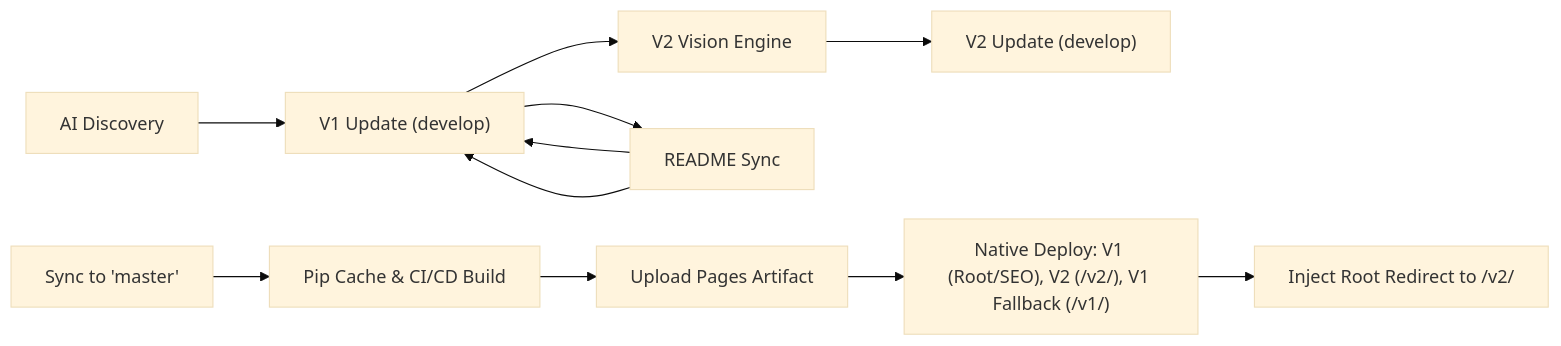
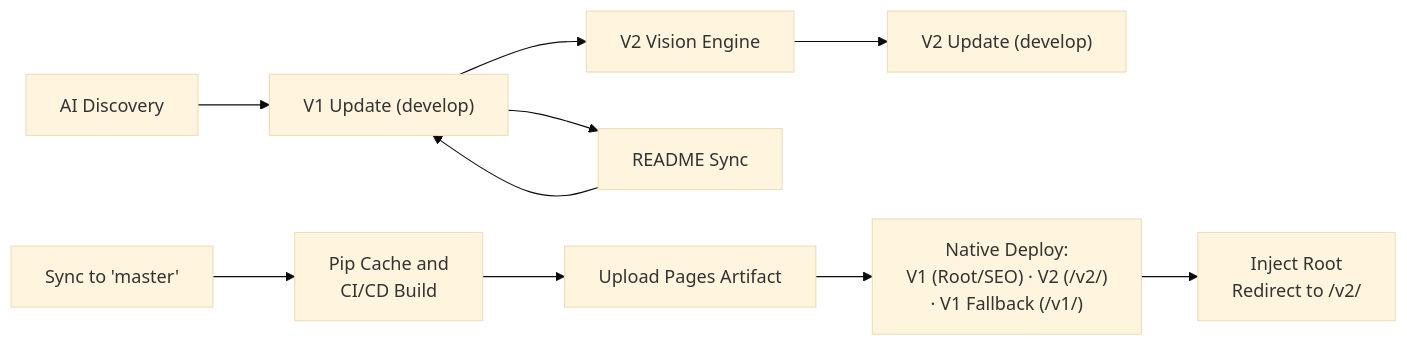
Diagram 14 of 14 in README.md (sec-js/awesome-kubernetes), drawn with Mermaid (base theme) before and after one commit. The commit also changed other lines of this file, not shown here.

First line of the commit message:
docs(readme): DB architecture + full lifecycle mermaid diagrams, fix label cutoffs, refresh V2 features

````diff
--- a/README.md
+++ b/README.md
@@ -1076,13 +1161,12 @@
 ```mermaid
 graph LR
     A["AI Discovery"] --> B["V1 Update (develop)"]
     B --> D["V2 Vision Engine"]
     B --> Z["README Sync"]
     D --> E["V2 Update (develop)"]
-    M["Sync to 'master'"] --> C["Pip Cache & CI/CD Build"]
+    M["Sync to 'master'"] --> C["Pip Cache and<br/>CI/CD Build"]
     C --> F["Upload Pages Artifact"]
-    F --> G["Native Deploy: V1 (Root/SEO), V2 (/v2/), V1 Fallback (/v1/)"]
-    G --> H["Inject Root Redirect to /v2/"]
-    Z --> B
+    F --> G["Native Deploy:<br/>V1 (Root/SEO) · V2 (/v2/)<br/>· V1 Fallback (/v1/)"]
+    G --> H["Inject Root<br/>Redirect to /v2/"]
     Z --> B
 ```
````
